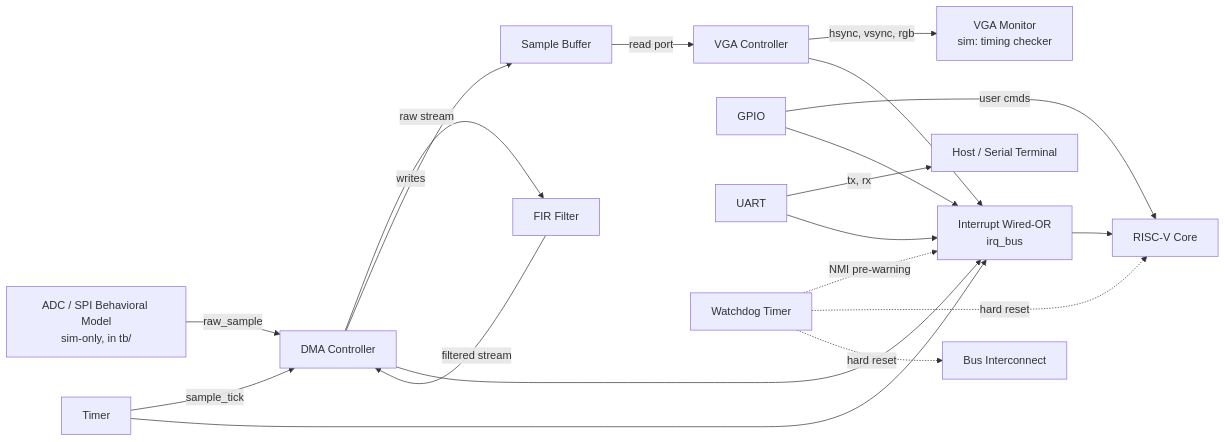
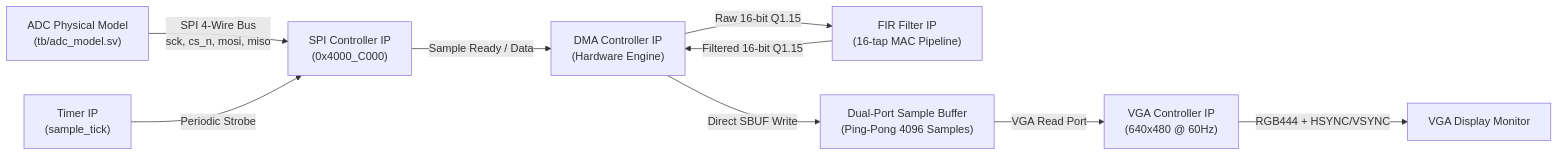
The second of 2 diagrams in doc/ArchitectureDocument.md (Sasmonk/honours_project_soc), drawn with Mermaid before and after one commit. The commit also changed other lines of this file and 43 other files, not shown here.

````diff
--- a/doc/ArchitectureDocument.md
+++ b/doc/ArchitectureDocument.md
@@ -68,22 +104,11 @@
 ```mermaid
 flowchart LR
-    ADC["ADC / SPI Behavioral Model<br/>sim-only, in tb/"] -->|raw_sample| DMA["DMA Controller"]
-    TIMER["Timer"] -->|sample_tick| DMA
-    DMA -->|raw stream| FIR["FIR Filter"]
-    FIR -->|filtered stream| DMA
-    DMA -->|writes| SBUF["Sample Buffer"]
-    SBUF -->|read port| VGA["VGA Controller"]
-    VGA -->|hsync, vsync, rgb| DISP["VGA Monitor<br/>sim: timing checker"]
-    GPIO["GPIO"] -->|user cmds| CPU["RISC-V Core"]
-    UART["UART"] -->|tx, rx| HOST["Host / Serial Terminal"]
-
-    TIMER --> IRQC["Interrupt Wired-OR<br/>irq_bus"]
-    DMA --> IRQC
-    UART --> IRQC
-    GPIO --> IRQC
-    VGA --> IRQC
-    WDT["Watchdog Timer"] -. NMI pre-warning .-> IRQC
-    IRQC --> CPU
-    WDT -. hard reset .-> CPU
-    WDT -. hard reset .-> BUS["Bus Interconnect"]
+    ADC["ADC Physical Model<br/>(tb/adc_model.sv)"] -->|SPI 4-Wire Bus<br/>sck, cs_n, mosi, miso| SPI_IP["SPI Controller IP<br/>(0x4000_C000)"]
+    TIMER["Timer IP<br/>(sample_tick)"] -->|Periodic Strobe| SPI_IP
+    SPI_IP -->|Sample Ready / Data| DMA["DMA Controller IP<br/>(Hardware Engine)"]
+    DMA -->|Raw 16-bit Q1.15| FIR["FIR Filter IP<br/>(16-tap MAC Pipeline)"]
+    FIR -->|Filtered 16-bit Q1.15| DMA
+    DMA -->|Direct SBUF Write| SBUF["Dual-Port Sample Buffer<br/>(Ping-Pong 4096 Samples)"]
+    SBUF -->|VGA Read Port| VGA["VGA Controller IP<br/>(640x480 @ 60Hz)"]
+    VGA -->|RGB444 + HSYNC/VSYNC| DISP["VGA Display Monitor"]
 ```
````
